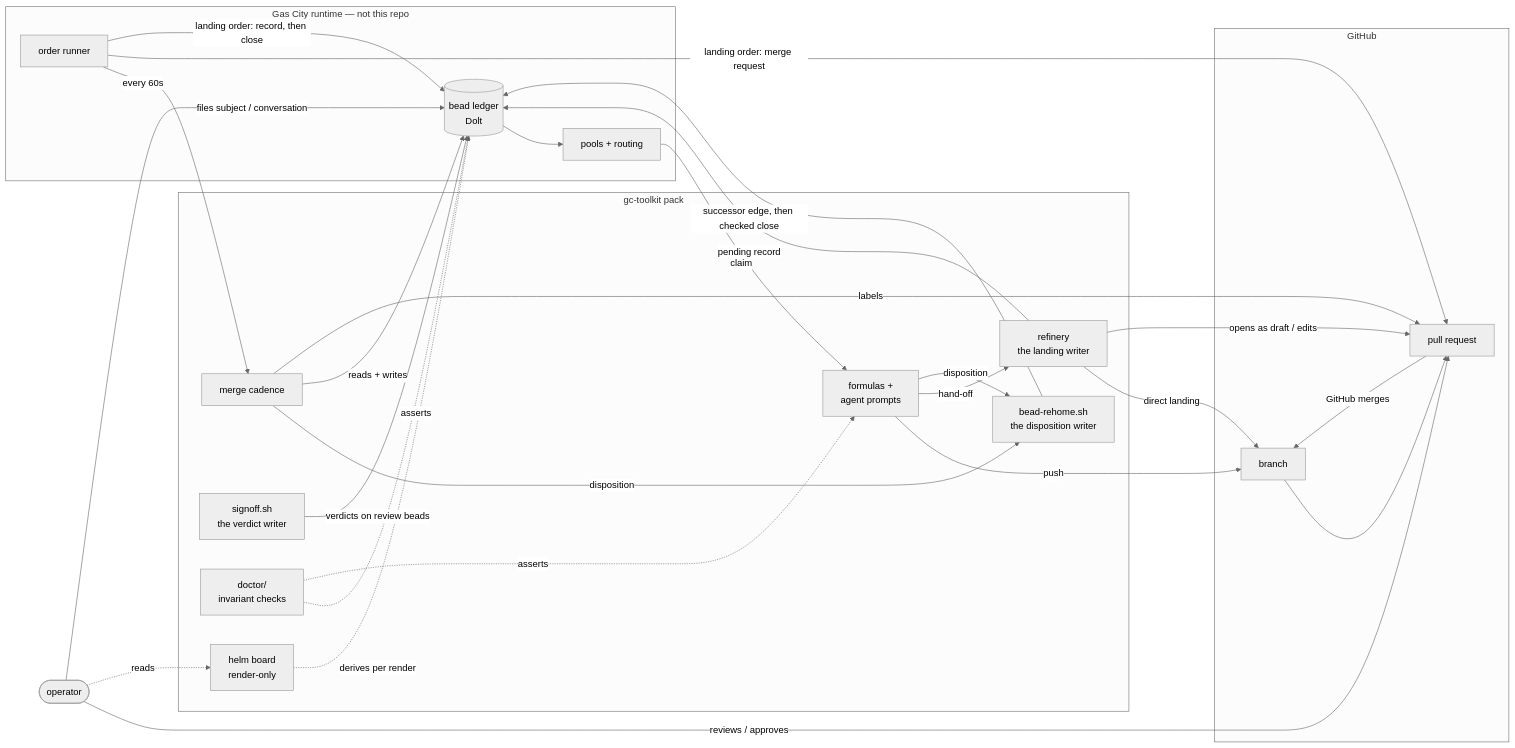
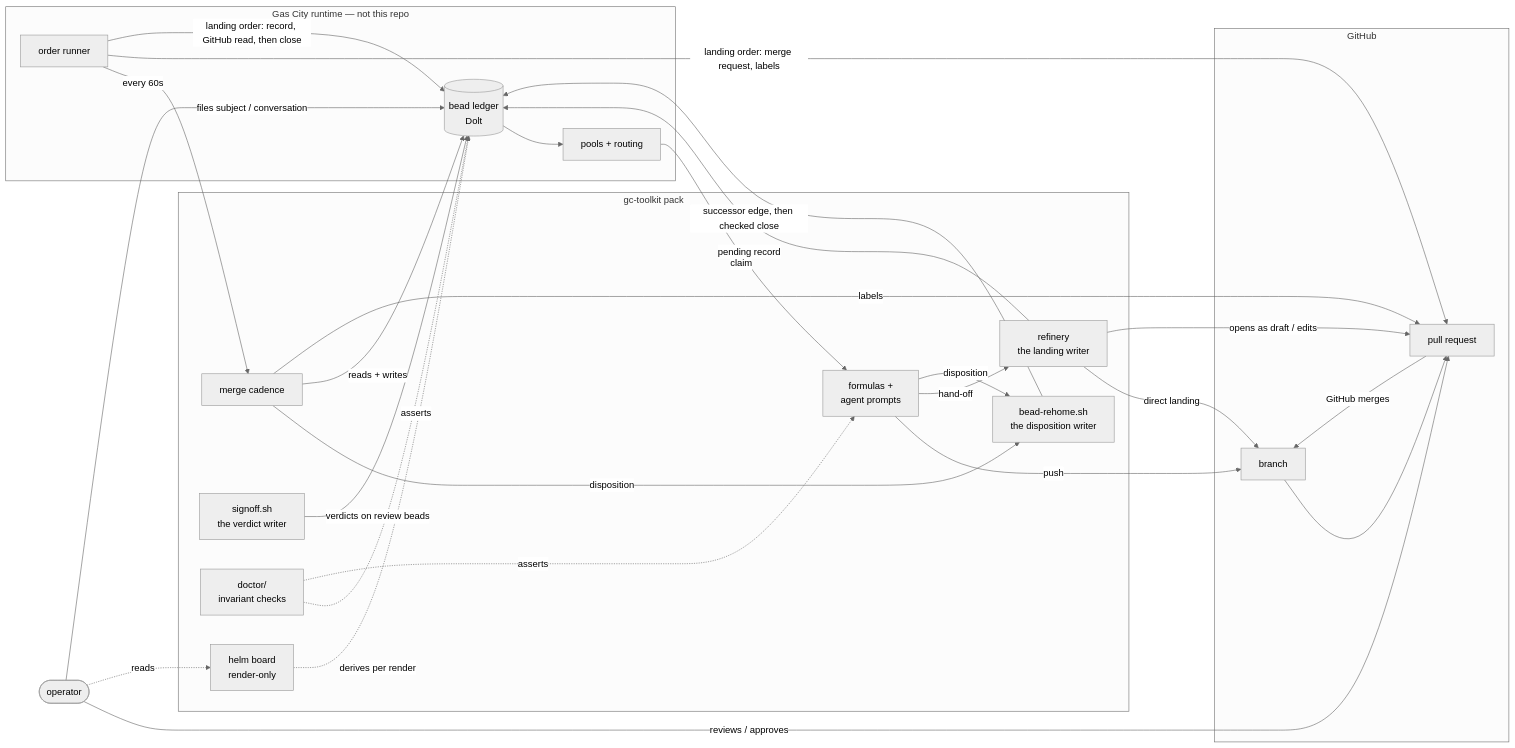
The diagram in docs/architecture.md (zookanalytics/gc-toolkit), drawn with Mermaid (neutral theme) before and after one commit. The commit also changed other lines of this file and 4 other files, not shown here.

````diff
--- a/docs/architecture.md
+++ b/docs/architecture.md
@@ -40,47 +40,47 @@
 ```mermaid
 flowchart LR
   OP([operator])
   subgraph city["Gas City runtime — not this repo"]
     LEDGER[(bead ledger<br/>Dolt)]
     POOL[pools + routing]
     ORD[order runner]
   end
   subgraph pack["gc-toolkit pack"]
     FORM[formulas +<br/>agent prompts]
     REF[refinery<br/>the landing writer]
     DISP[bead-rehome.sh<br/>the disposition writer]
     CAD[merge cadence]
     SIGN[signoff.sh<br/>the verdict writer]
     DOC[doctor/<br/>invariant checks]
     HELM[helm board<br/>render-only]
   end
   subgraph git["GitHub"]
     BR[branch]
     PR[pull request]
   end
 
   OP -->|files subject / conversation| LEDGER
   OP -->|reviews / approves| PR
   OP -.->|reads| HELM
   LEDGER --> POOL
   POOL -->|claim| FORM
   FORM -->|push| BR
   FORM -->|hand-off| REF
   REF -->|direct landing| BR
   REF -->|opens as draft / edits| PR
   REF -->|pending record| LEDGER
   FORM -->|disposition| DISP
   CAD -->|disposition| DISP
   DISP -->|successor edge, then checked close| LEDGER
   SIGN -->|verdicts on review beads| LEDGER
   ORD -->|every 60s| CAD
-  ORD -->|landing order: merge request| PR
-  ORD -->|landing order: record, then close| LEDGER
+  ORD -->|landing order: merge request, labels| PR
+  ORD -->|landing order: record, GitHub read, then close| LEDGER
   CAD -->|reads + writes| LEDGER
   CAD -->|labels| PR
   BR --> PR
   PR -->|GitHub merges| BR
   HELM -.->|derives per render| LEDGER
   DOC -.->|asserts| LEDGER
   DOC -.->|asserts| FORM
 ```
````
